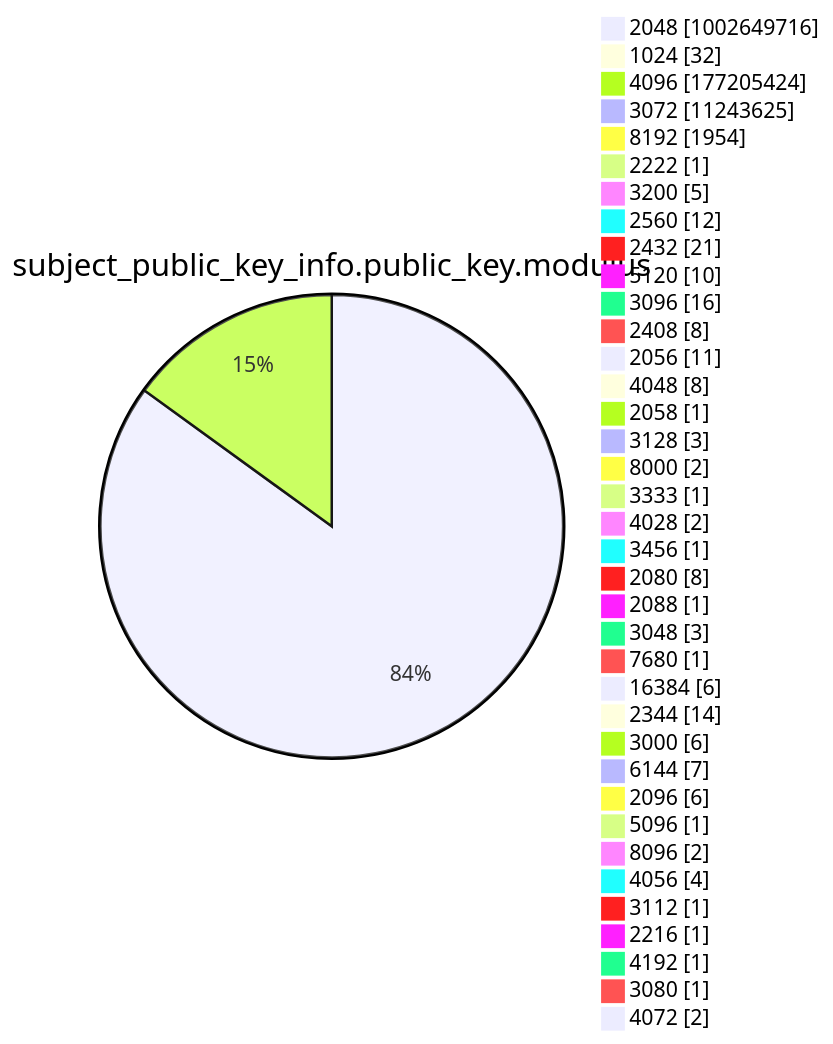
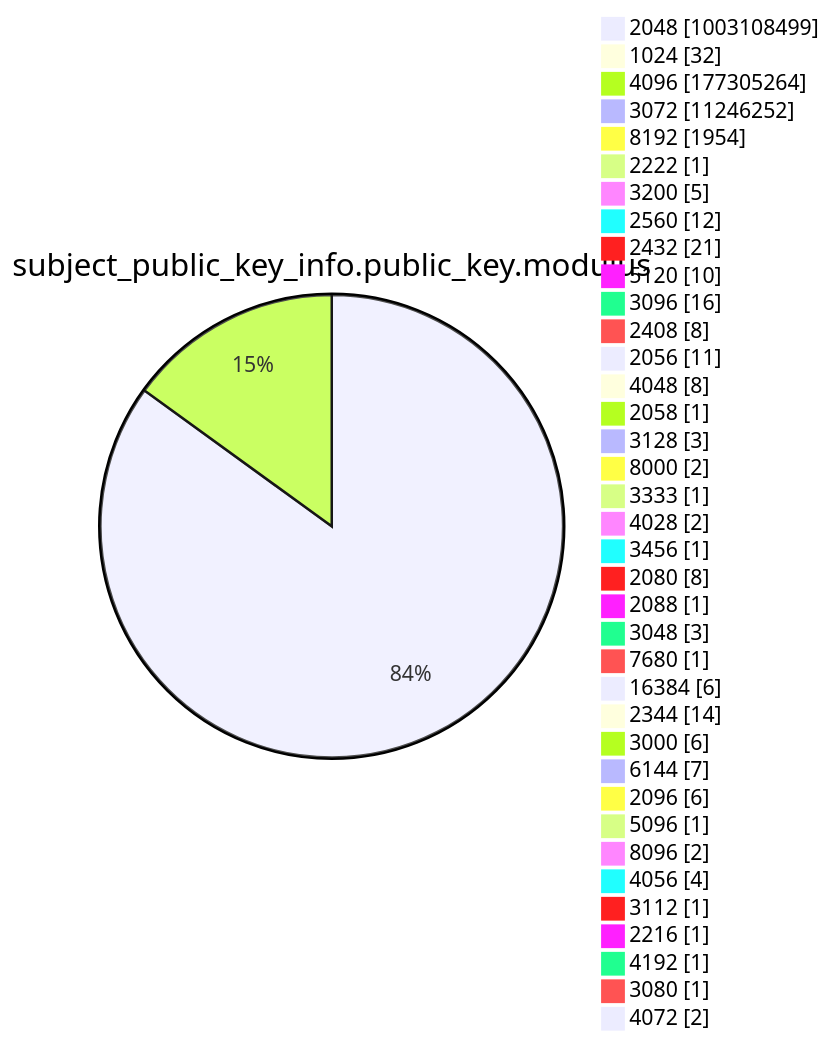
Diagram 13 of 15 in argon2022/README.md (christiankrug/ctmonitor_visualization), drawn with Mermaid before and after one commit. The commit also changed other lines of this file, not shown here.

````diff
--- a/argon2022/README.md
+++ b/argon2022/README.md
@@ -3587,41 +3587,41 @@
 ```mermaid
 pie showData
 title subject_public_key_info.public_key.modulus
-"2048" :1002649716
+"2048" :1003108499
 "1024" :32
-"4096" :177205424
-"3072" :11243625
+"4096" :177305264
+"3072" :11246252
 "8192" :1954
 "2222" :1
 "3200" :5
 "2560" :12
 "2432" :21
 "5120" :10
 "3096" :16
 "2408" :8
 "2056" :11
 "4048" :8
 "2058" :1
 "3128" :3
 "8000" :2
 "3333" :1
 "4028" :2
 "3456" :1
 "2080" :8
 "2088" :1
 "3048" :3
 "7680" :1
 "16384" :6
 "2344" :14
 "3000" :6
 "6144" :7
 "2096" :6
 "5096" :1
 "8096" :2
 "4056" :4
 "3112" :1
 "2216" :1
 "4192" :1
 "3080" :1
 "4072" :2
 ```
````
